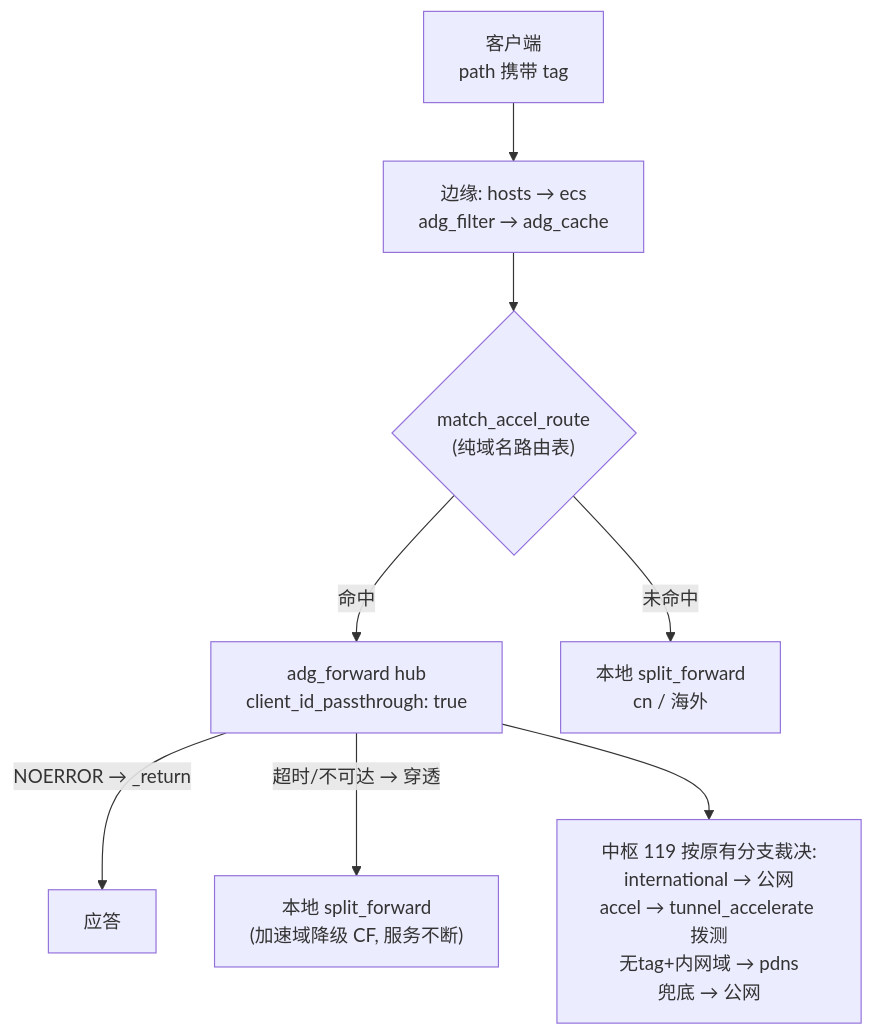
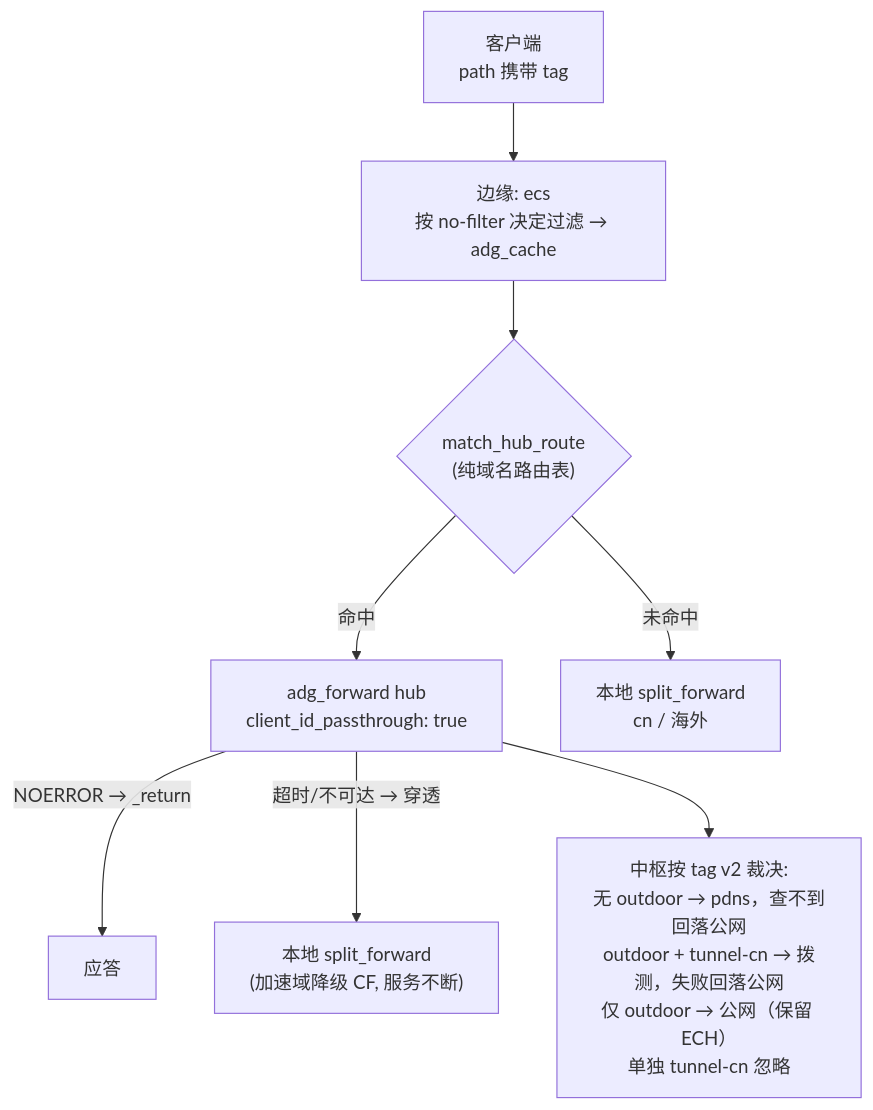
One commit to chisaato/mosdns-x changed the diagram in docs/scenarios/hub-edge.md. Above: the diagram before and after it, drawn with Mermaid. The commit also changed other lines of this file and 6 other files, not shown here.

````diff
--- a/docs/scenarios/hub-edge.md
+++ b/docs/scenarios/hub-edge.md
@@ -44,10 +44,10 @@
 ```mermaid
 flowchart TD
-    C["客户端<br/>path 携带 tag"] --> E["边缘: hosts → ecs<br/>adg_filter → adg_cache"]
-    E --> R{"match_accel_route<br/>(纯域名路由表)"}
+    C["客户端<br/>path 携带 tag"] --> E["边缘: ecs<br/>按 no-filter 决定过滤 → adg_cache"]
+    E --> R{"match_hub_route<br/>(纯域名路由表)"}
     R -->|"命中"| H["adg_forward hub<br/>client_id_passthrough: true"]
     R -->|"未命中"| L["本地 split_forward<br/>cn / 海外"]
     H -->|"NOERROR → _return"| X["应答"]
     H -->|"超时/不可达 → 穿透"| L2["本地 split_forward<br/>(加速域降级 CF, 服务不断)"]
-    H --> T["中枢 119 按原有分支裁决:<br/>international → 公网<br/>accel → tunnel_accelerate 拨测<br/>无tag+内网域 → pdns<br/>兜底 → 公网"]
+    H --> T["中枢按 tag v2 裁决:<br/>无 outdoor → pdns，查不到回落公网<br/>outdoor + tunnel-cn → 拨测，失败回落公网<br/>仅 outdoor → 公网（保留 ECH）<br/>单独 tunnel-cn 忽略"]
 ```
````
